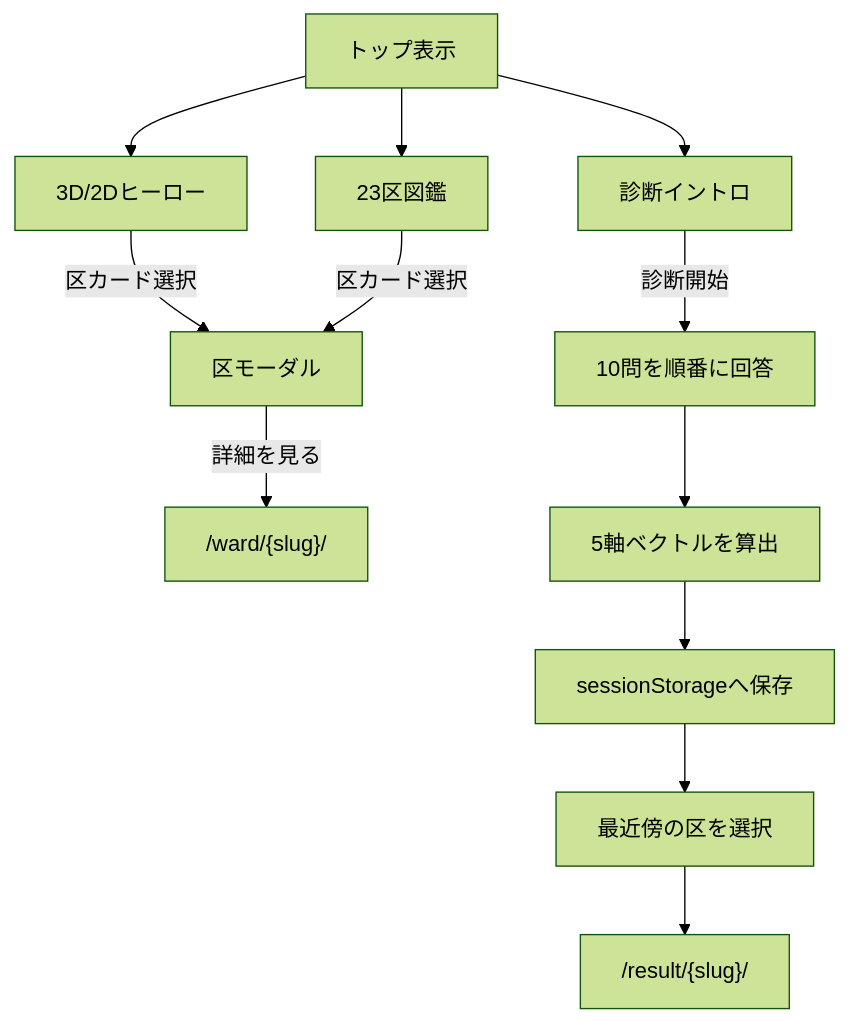
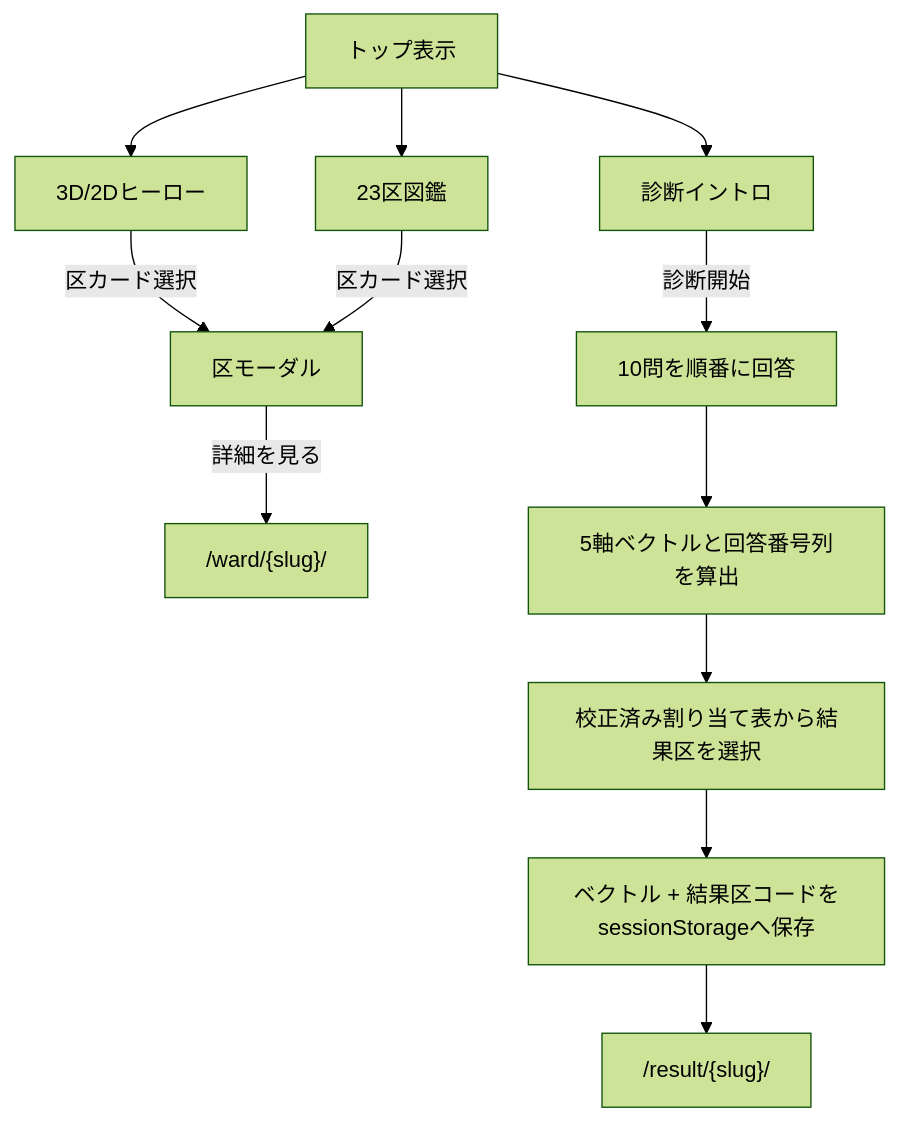
The diagram in docs/system-design/02-application-design.md (FukaseDaichi/TokyoOpenDataHackathon), drawn with Mermaid (forest theme) before and after one commit. The commit also changed other lines of this file and 22 other files, not shown here.

````diff
--- a/docs/system-design/02-application-design.md
+++ b/docs/system-design/02-application-design.md
@@ -33,14 +33,14 @@
 ```mermaid
 flowchart TD
   Start["トップ表示"] --> Hero["3D/2Dヒーロー"]
   Start --> Intro["診断イントロ"]
   Start --> Zukan["23区図鑑"]
   Hero -->|区カード選択| Modal["区モーダル"]
   Zukan -->|区カード選択| Modal
   Modal -->|詳細を見る| Ward["/ward/{slug}/"]
   Intro -->|診断開始| Quiz["10問を順番に回答"]
-  Quiz --> Score["5軸ベクトルを算出"]
-  Score --> Save["sessionStorageへ保存"]
-  Save --> Match["最近傍の区を選択"]
-  Match --> Result["/result/{slug}/"]
+  Quiz --> Score["5軸ベクトルと回答番号列を算出"]
+  Score --> Match["校正済み割り当て表から結果区を選択"]
+  Match --> Save["ベクトル + 結果区コードをsessionStorageへ保存"]
+  Save --> Result["/result/{slug}/"]
 ```
````
